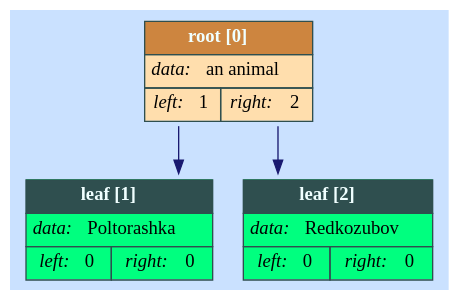
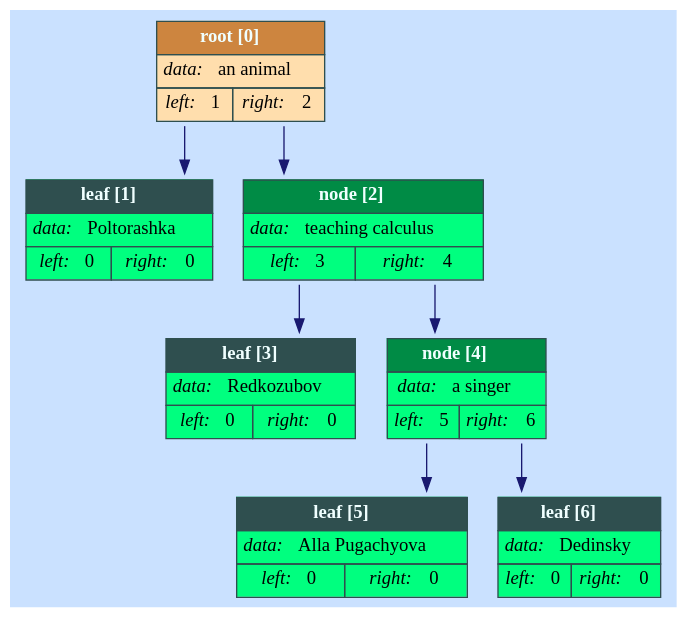
Before and after one commit to MeerkatBoss/akinator: the diagram in tmp.dot, drawn with Graphviz. The commit also changed 5 other files, not shown here.

```diff
--- a/tmp.dot
+++ b/tmp.dot
@@ -1,26 +1,50 @@
 digraph G{
 layout=dot
 rankdir=TD
 splines=ortho
 nodesep=0.1
 overlap=voronoi
 bgcolor=lightsteelblue1
 node [shape=plaintext color=darkslategray]
 node0 [label=<<TABLE BORDER="0" CELLBORDER="1" CELLSPACING="0" CELLPADDING="4" BGCOLOR="navajowhite">
 <TR><TD ALIGN="CENTER" COLSPAN="2" BGCOLOR="peru"><FONT COLOR="azure"><B>root [0]</B></FONT></TD></TR>
 <TR><TD COLSPAN="2"><I>data: </I> an animal</TD></TR>
 <TR><TD><I>left: </I>1</TD><TD><I>right: </I>2</TD></TR>
 </TABLE>>]
 node1 [label=<<TABLE BORDER="0" CELLBORDER="1" CELLSPACING="0" CELLPADDING="4" BGCOLOR="springgreen">
 <TR><TD ALIGN="CENTER" COLSPAN="2" BGCOLOR="darkslategrey"><FONT COLOR="azure"><B>leaf [1]</B></FONT></TD></TR>
 <TR><TD COLSPAN="2"><I>data: </I> Poltorashka</TD></TR>
 <TR><TD><I>left: </I>0</TD><TD><I>right: </I>0</TD></TR>
 </TABLE>>]
 node2 [label=<<TABLE BORDER="0" CELLBORDER="1" CELLSPACING="0" CELLPADDING="4" BGCOLOR="springgreen">
-<TR><TD ALIGN="CENTER" COLSPAN="2" BGCOLOR="darkslategrey"><FONT COLOR="azure"><B>leaf [2]</B></FONT></TD></TR>
+<TR><TD ALIGN="CENTER" COLSPAN="2" BGCOLOR="springgreen4"><FONT COLOR="azure"><B>node [2]</B></FONT></TD></TR>
+<TR><TD COLSPAN="2"><I>data: </I> teaching calculus</TD></TR>
+<TR><TD><I>left: </I>3</TD><TD><I>right: </I>4</TD></TR>
+</TABLE>>]
+node3 [label=<<TABLE BORDER="0" CELLBORDER="1" CELLSPACING="0" CELLPADDING="4" BGCOLOR="springgreen">
+<TR><TD ALIGN="CENTER" COLSPAN="2" BGCOLOR="darkslategrey"><FONT COLOR="azure"><B>leaf [3]</B></FONT></TD></TR>
 <TR><TD COLSPAN="2"><I>data: </I> Redkozubov</TD></TR>
+<TR><TD><I>left: </I>0</TD><TD><I>right: </I>0</TD></TR>
+</TABLE>>]
+node4 [label=<<TABLE BORDER="0" CELLBORDER="1" CELLSPACING="0" CELLPADDING="4" BGCOLOR="springgreen">
+<TR><TD ALIGN="CENTER" COLSPAN="2" BGCOLOR="springgreen4"><FONT COLOR="azure"><B>node [4]</B></FONT></TD></TR>
+<TR><TD COLSPAN="2"><I>data: </I> a singer</TD></TR>
+<TR><TD><I>left: </I>5</TD><TD><I>right: </I>6</TD></TR>
+</TABLE>>]
+node5 [label=<<TABLE BORDER="0" CELLBORDER="1" CELLSPACING="0" CELLPADDING="4" BGCOLOR="springgreen">
+<TR><TD ALIGN="CENTER" COLSPAN="2" BGCOLOR="darkslategrey"><FONT COLOR="azure"><B>leaf [5]</B></FONT></TD></TR>
+<TR><TD COLSPAN="2"><I>data: </I> Alla Pugachyova</TD></TR>
+<TR><TD><I>left: </I>0</TD><TD><I>right: </I>0</TD></TR>
+</TABLE>>]
+node6 [label=<<TABLE BORDER="0" CELLBORDER="1" CELLSPACING="0" CELLPADDING="4" BGCOLOR="springgreen">
+<TR><TD ALIGN="CENTER" COLSPAN="2" BGCOLOR="darkslategrey"><FONT COLOR="azure"><B>leaf [6]</B></FONT></TD></TR>
+<TR><TD COLSPAN="2"><I>data: </I> Dedinsky</TD></TR>
 <TR><TD><I>left: </I>0</TD><TD><I>right: </I>0</TD></TR>
 </TABLE>>]
 node0->node1 [color=midnightblue]
 node0->node2 [color=midnightblue]
+node2->node3 [color=midnightblue]
+node2->node4 [color=midnightblue]
+node4->node5 [color=midnightblue]
+node4->node6 [color=midnightblue]
 }
```
